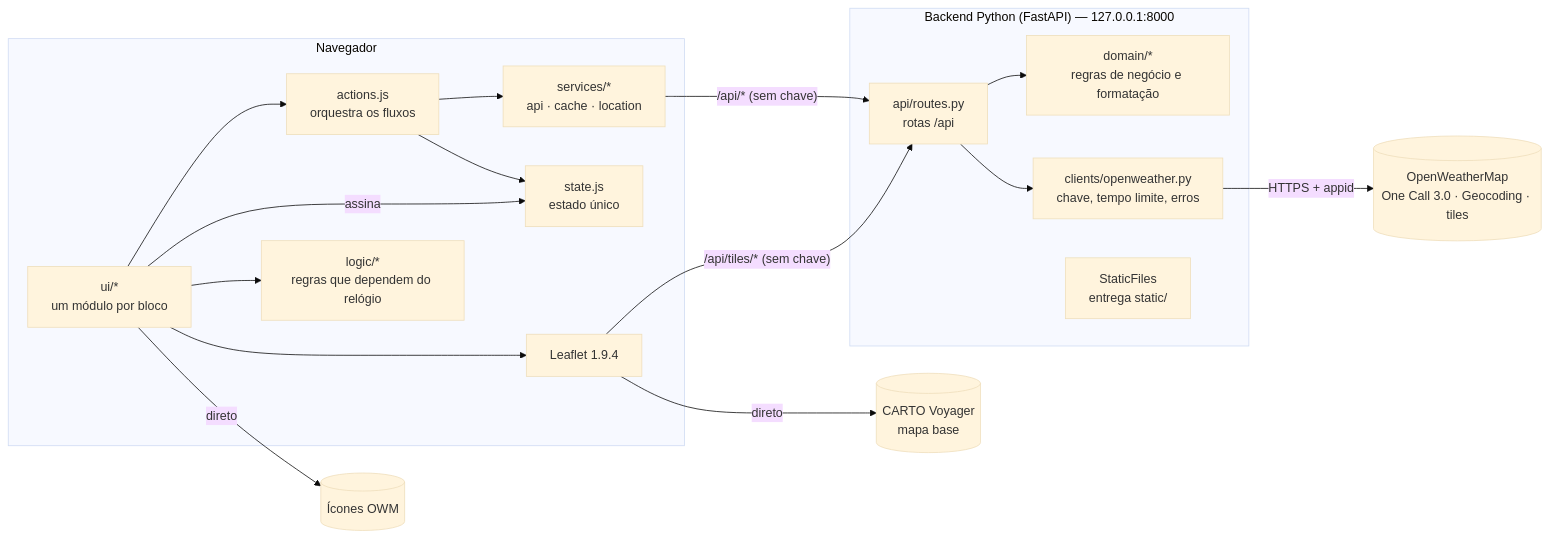
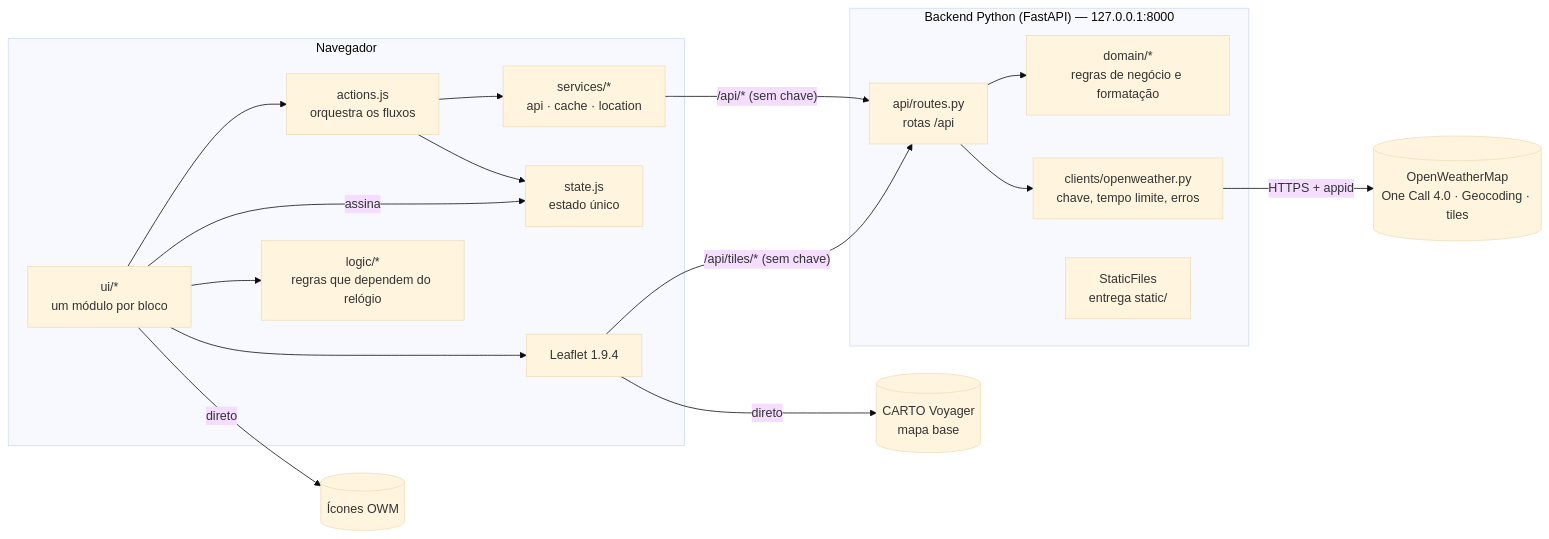
One commit to tmoliveira1584/openweather-dashboard changed the first of 2 diagrams in docs/arquitetura.md. Above: the diagram before and after it, drawn with Mermaid (base theme). The commit also changed other lines of this file and 6 other files, not shown here.

First line of the commit message:
docs: migrar especificação e arquitetura para a One Call API 4.0

````diff
--- a/docs/arquitetura.md
+++ b/docs/arquitetura.md
@@ -67,35 +67,35 @@
 ```mermaid
 flowchart LR
     subgraph Navegador
         UI["ui/*<br/>um módulo por bloco"]
         ACT["actions.js<br/>orquestra os fluxos"]
         ST["state.js<br/>estado único"]
         SRV["services/*<br/>api · cache · location"]
         LOG["logic/*<br/>regras que dependem do relógio"]
         LF["Leaflet 1.9.4"]
     end
 
     subgraph Backend["Backend Python (FastAPI) — 127.0.0.1:8000"]
         RT["api/routes.py<br/>rotas /api"]
         DOM["domain/*<br/>regras de negócio e formatação"]
         CL["clients/openweather.py<br/>chave, tempo limite, erros"]
         STA["StaticFiles<br/>entrega static/"]
     end
 
-    OWM[("OpenWeatherMap<br/>One Call 3.0 · Geocoding · tiles")]
+    OWM[("OpenWeatherMap<br/>One Call 4.0 · Geocoding · tiles")]
     CARTO[("CARTO Voyager<br/>mapa base")]
     ICO[("Ícones OWM")]
 
     UI --> ACT --> SRV
     ACT --> ST
     UI -- assina --> ST
     UI --> LOG
     UI --> LF
     SRV -- "/api/* (sem chave)" --> RT
     LF -- "/api/tiles/* (sem chave)" --> RT
     RT --> DOM
     RT --> CL
     CL -- "HTTPS + appid" --> OWM
     LF -- direto --> CARTO
     UI -- direto --> ICO
 ```
````
